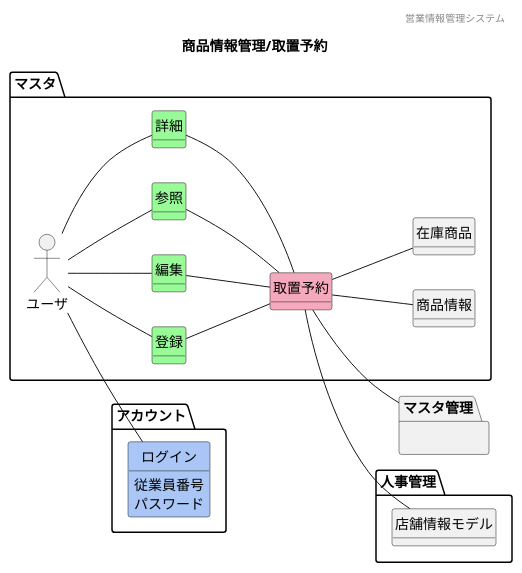
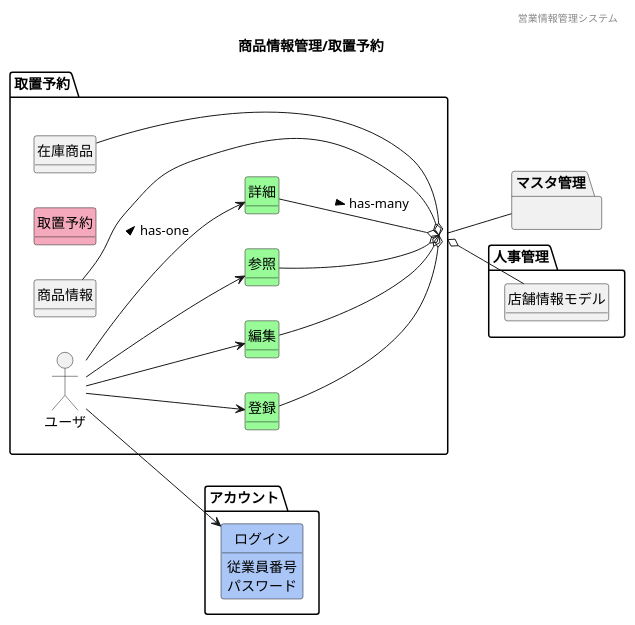
The diagram in 各種設計書/1ドメインモデル図/商品情報管理/F09取置予約.plantuml (HaruShim/Sotuken), drawn with PlantUML before and after one commit. The commit also changed 13 other files, not shown here.

```diff
--- a/各種設計書/1ドメインモデル図/商品情報管理/F09取置予約.plantuml
+++ b/各種設計書/1ドメインモデル図/商品情報管理/F09取置予約.plantuml
@@ -1,67 +1,67 @@
 @startuml images/商品情報管理/取置予約
 ' ヘッダー
 header 営業情報管理システム
 ' タイトル
 title 商品情報管理/取置予約
 ' 
 hide circle
 ' 
 hide method
 left to right direction
 
 package "アカウント"{
     class "ログイン" #A9C6F6
 }
 
-package "マスタ" {
+package "取置予約" {
     'ユーザや外部システム
     mix_actor "ユーザ"
     class "登録" #98fb98
     class "編集" #98fb98
     class "参照" #98fb98
     class "詳細" #98fb98
     class "取置予約" #F5A9BC
     class "商品情報" 
     class "在庫商品" 
 }
     package 人事管理{
         class "店舗情報モデル" 
     }
     package "マスタ管理"{
         }
 
 
     ' class "" #F5A9BC
     ' class "" #ffd700
 
     'モデル同士の関係
-    ユーザ -- 参照
-    ユーザ -- 登録
-    ユーザ -- 編集
-    ユーザ -- 詳細
-    ユーザ -- ログイン
-    参照 -- 取置予約
-    登録 -- 取置予約
-    編集 -- 取置予約
-    詳細 -- 取置予約
-    取置予約 -- 商品情報
-    取置予約-- 在庫商品
-    取置予約 -down- 店舗情報モデル
-    取置予約-down- マスタ管理
+    ユーザ --> 参照
+    ユーザ --> 登録
+    ユーザ --> 編集
+    ユーザ --> 詳細 : > has-one
+    ユーザ --> ログイン
+    参照 --o 取置予約
+    登録 --o 取置予約
+    編集 --o 取置予約
+    詳細 --o 取置予約 : > has-many
+    取置予約 o-- 商品情報
+    取置予約 o-- 在庫商品
+    取置予約 o-down- 店舗情報モデル
+    取置予約 -down- マスタ管理
 
     'ドメインクラスの属性
     ' 在庫商品と取置予約のフィードがない
     ' 商品情報 : 型番
     ' 商品情報 : 商品コード
     ' 商品情報 : JANコード
     ' 商品情報 : 商品画像
     ' 商品情報 : 在庫場所
     ' 商品情報 : カテゴリ
     ' 商品情報 : 仕入価格
     ログイン : 従業員番号
     ログイン : パスワード
 
 
 
 
 @enduml
```
